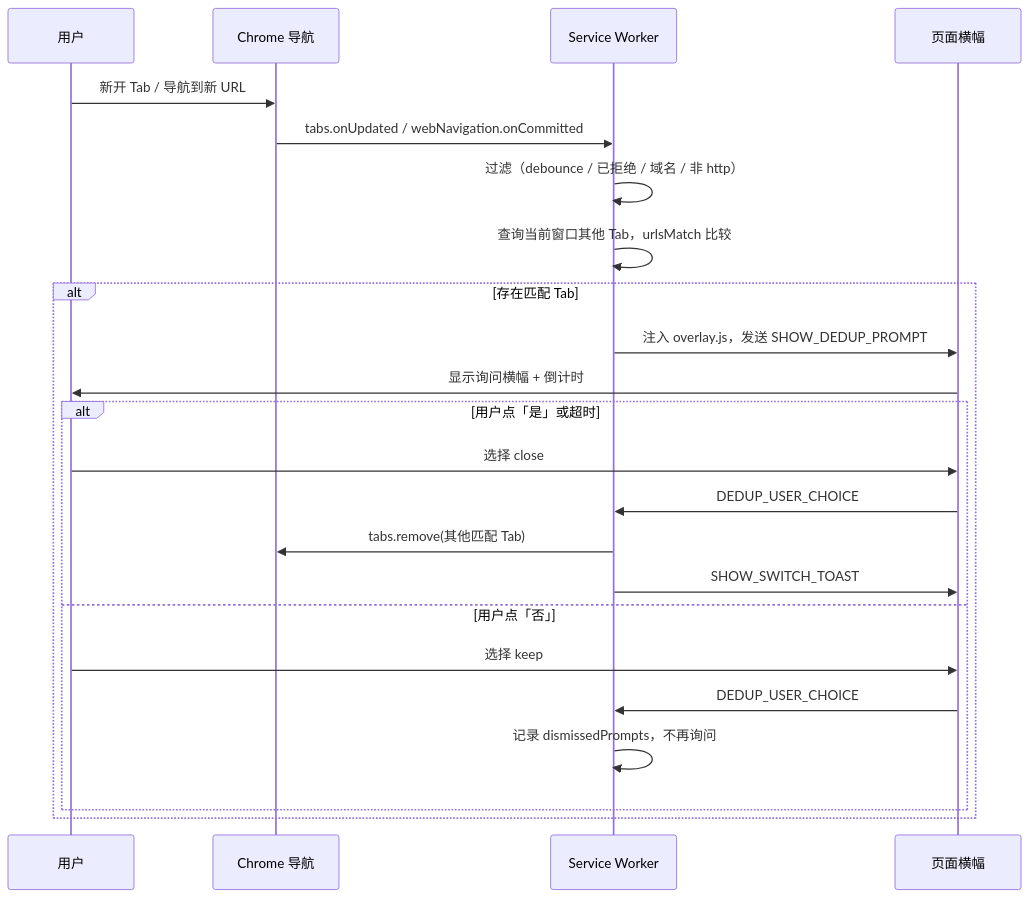
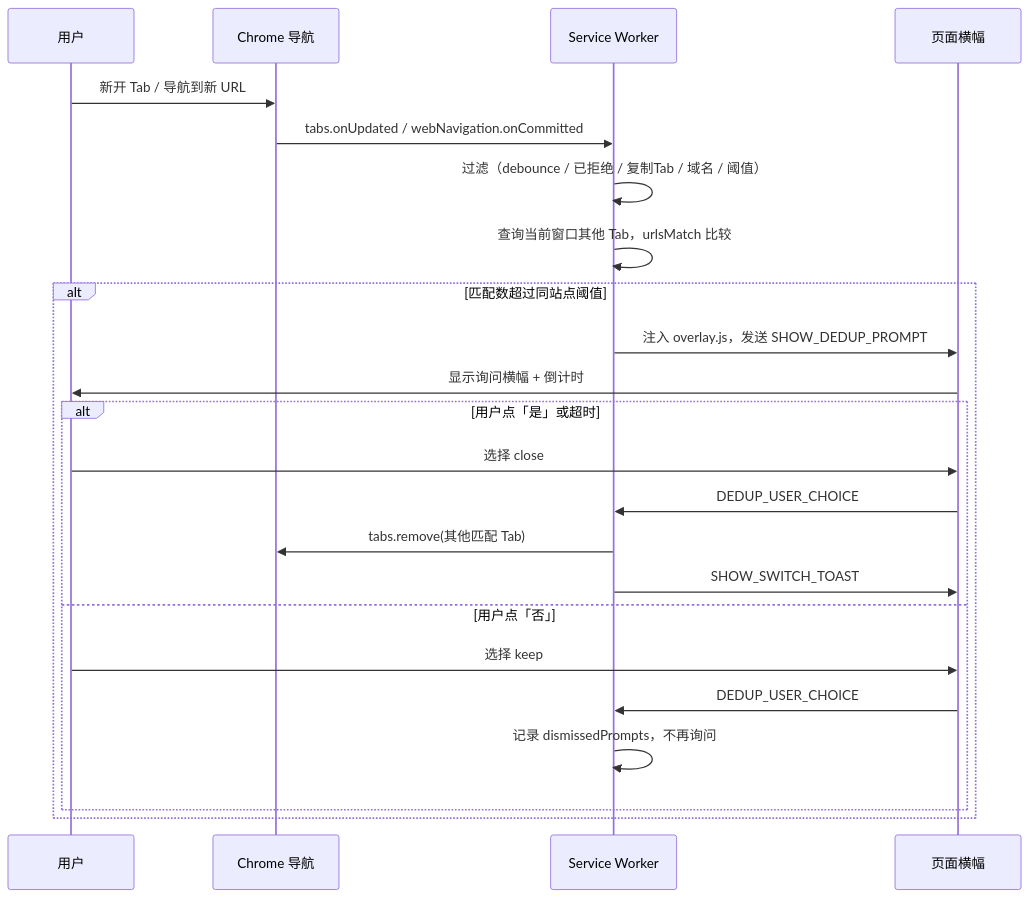
Before and after one commit to yguangbxiu/tab-dedup: the diagram in README.md, drawn with Mermaid. The commit also changed other lines of this file and 4 other files, not shown here.

````diff
--- a/README.md
+++ b/README.md
@@ -116,26 +126,26 @@
 ```mermaid
 sequenceDiagram
     participant User as 用户
     participant Chrome as Chrome 导航
     participant SW as Service Worker
     participant Overlay as 页面横幅
 
     User->>Chrome: 新开 Tab / 导航到新 URL
     Chrome->>SW: tabs.onUpdated / webNavigation.onCommitted
-    SW->>SW: 过滤（debounce / 已拒绝 / 域名 / 非 http）
+    SW->>SW: 过滤（debounce / 已拒绝 / 复制Tab / 域名 / 阈值）
     SW->>SW: 查询当前窗口其他 Tab，urlsMatch 比较
-    alt 存在匹配 Tab
+    alt 匹配数超过同站点阈值
         SW->>Overlay: 注入 overlay.js，发送 SHOW_DEDUP_PROMPT
         Overlay->>User: 显示询问横幅 + 倒计时
         alt 用户点「是」或超时
             User->>Overlay: 选择 close
             Overlay->>SW: DEDUP_USER_CHOICE
             SW->>Chrome: tabs.remove(其他匹配 Tab)
             SW->>Overlay: SHOW_SWITCH_TOAST
         else 用户点「否」
             User->>Overlay: 选择 keep
             Overlay->>SW: DEDUP_USER_CHOICE
             SW->>SW: 记录 dismissedPrompts，不再询问
         end
     end
 ```
````
